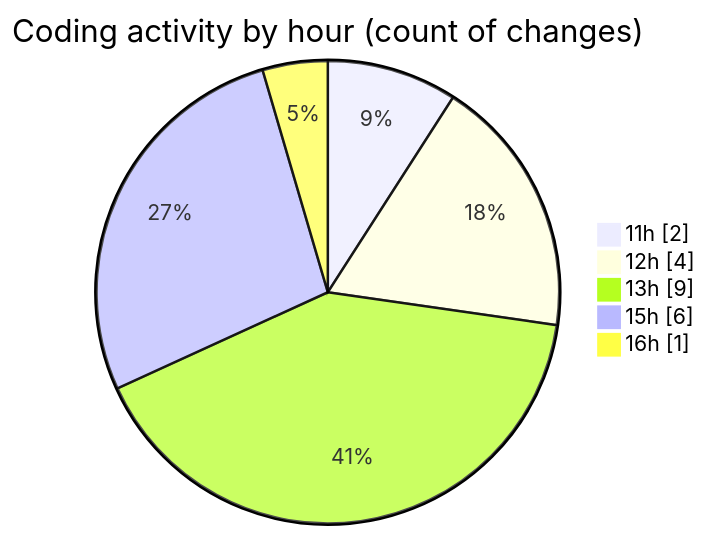
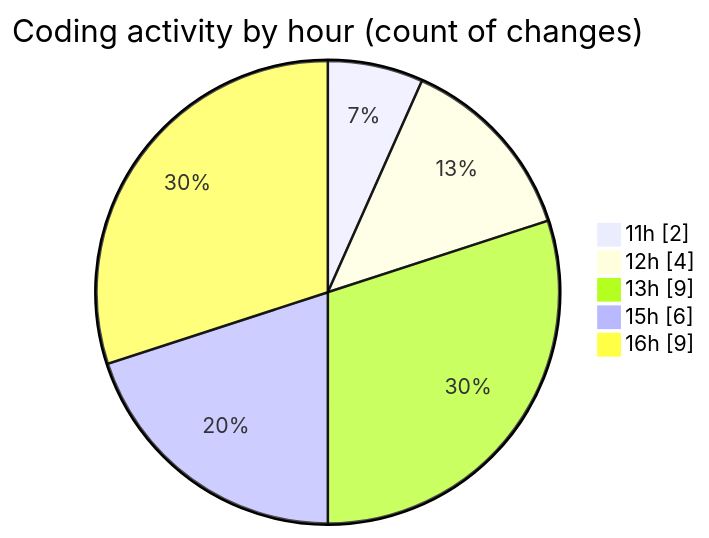
The second of 2 diagrams in 2025-12-28/nxtqube_webapp/README.md (nxtqubesakshisongat/code-tracking), drawn with Mermaid before and after one commit. The commit also changed other lines of this file and 1 other file, not shown here.

````diff
--- a/2025-12-28/nxtqube_webapp/README.md
+++ b/2025-12-28/nxtqube_webapp/README.md
@@ -35,9 +35,9 @@
 ```mermaid
 pie showData
 title Coding activity by hour (count of changes)
 "11h" : 2
 "12h" : 4
 "13h" : 9
 "15h" : 6
-"16h" : 1
+"16h" : 9
 ```
````
